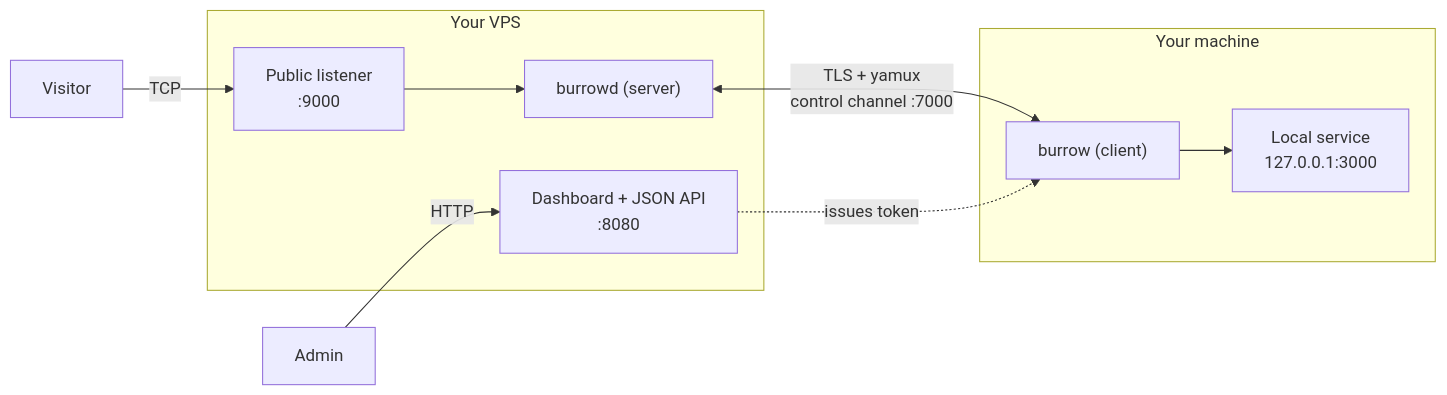
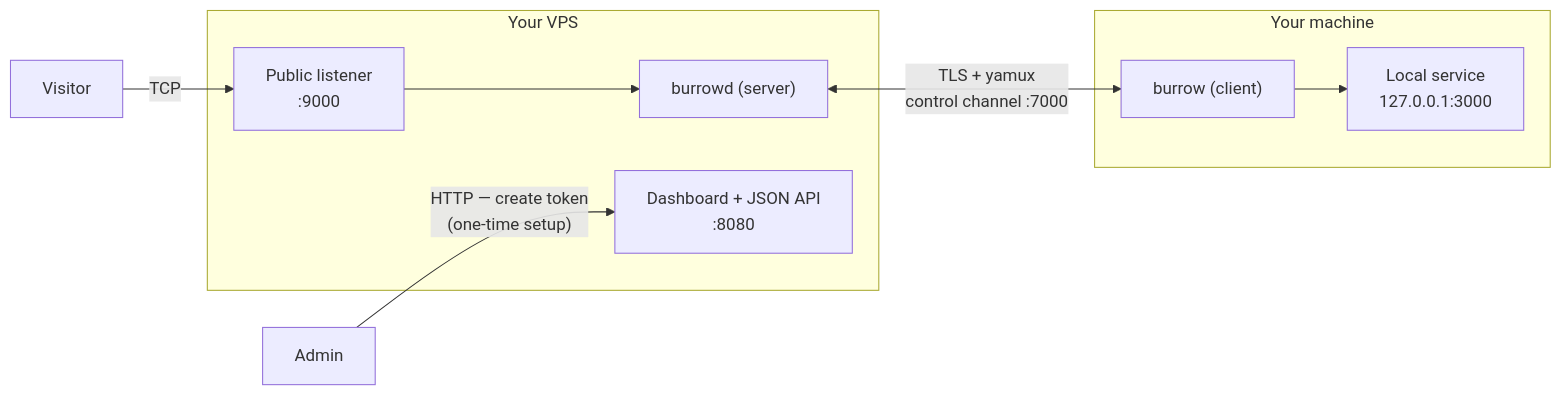
One commit to ankoehn/burrow changed the diagram in README.md. Above: the diagram before and after it, drawn with Mermaid. The commit also changed other lines of this file, not shown here.

````diff
--- a/README.md
+++ b/README.md
@@ -85,18 +84,17 @@
 ```mermaid
 flowchart LR
     subgraph Your machine
       L["Local service\n127.0.0.1:3000"]
       C["burrow (client)"]
     end
     subgraph Your VPS
       S["burrowd (server)"]
       P["Public listener\n:9000"]
       D["Dashboard + JSON API\n:8080"]
     end
     V["Visitor"] -->|TCP| P
     P --> S
     S <-->|"TLS + yamux\ncontrol channel :7000"| C
     C --> L
-    A["Admin"] -->|HTTP| D
-    D -. issues token .-> C
+    A["Admin"] -->|"HTTP — create token\n(one-time setup)"| D
 ```
````
